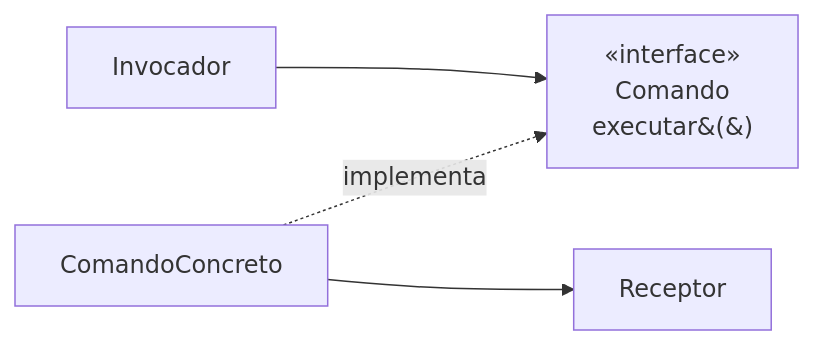
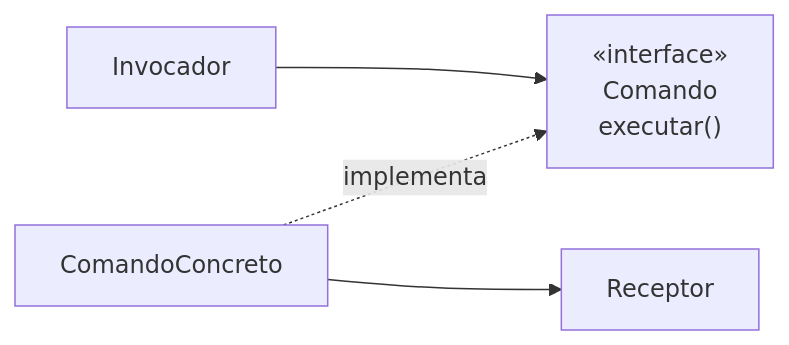
The diagram in docs/03-design-patterns/command.md (oadcavalcante/software-architecture-mastery), drawn with Mermaid before and after one commit. The commit also changed 27 other files, not shown here.

First line of the commit message:
diagramas: parenteses renderizando como &(&) e largura ilegivel no telefone

````diff
--- a/docs/03-design-patterns/command.md
+++ b/docs/03-design-patterns/command.md
@@ -48,6 +48,6 @@
 ```mermaid
 graph LR
-  I[Invocador] --> C["«interface»<br/>Comando<br/>executar&#40;&#41;"]
+  I[Invocador] --> C["«interface»<br/>Comando<br/>executar()"]
   CC[ComandoConcreto] -.implementa.-> C
   CC --> R[Receptor]
 ```
````
